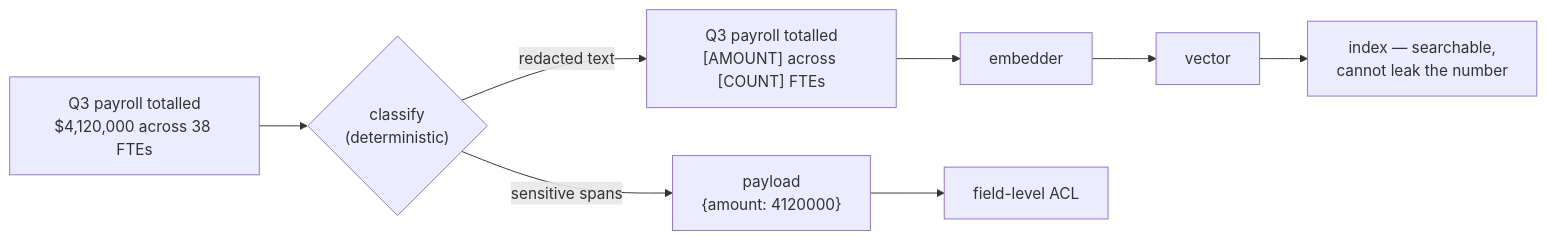
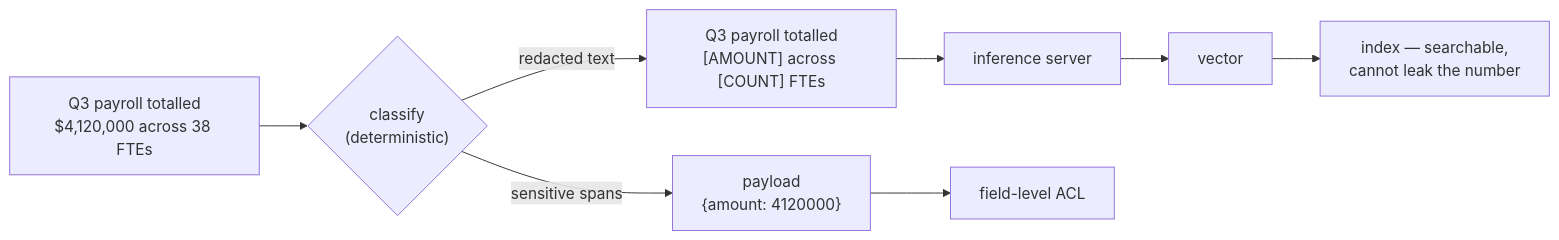
One commit to the-protobuf-project/telividb changed the eighth of 11 diagrams in docs/ARCHITECTURE.md. Above: the diagram before and after it, drawn with Mermaid. The commit also changed other lines of this file and 325 other files, not shown here.

````diff
--- a/docs/ARCHITECTURE.md
+++ b/docs/ARCHITECTURE.md
@@ -667,11 +773,11 @@
 ```mermaid
 flowchart LR
     RAW["Q3 payroll totalled<br/>$4,120,000 across 38 FTEs"]
     RAW --> CLS{"classify<br/>(deterministic)"}
     CLS -->|"sensitive spans"| PAY["payload<br/>{amount: 4120000}"]
     CLS -->|"redacted text"| RED["Q3 payroll totalled<br/>[AMOUNT] across [COUNT] FTEs"]
-    RED --> EMB["embedder"]
+    RED --> EMB["inference server"]
     EMB --> VEC["vector"]
     PAY --> ACL["field-level ACL"]
     VEC --> IDX["index — searchable,<br/>cannot leak the number"]
 ```
````
